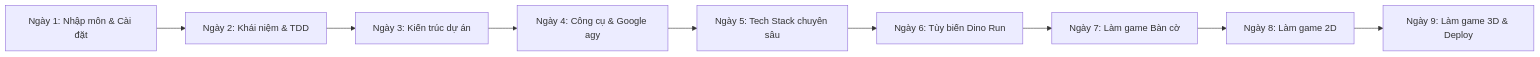
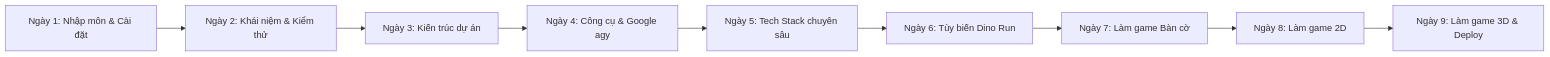
The diagram in courses/README.vi.md (vuhung16au/gemini-games), drawn with Mermaid before and after one commit. The commit also changed other lines of this file and 18 other files, not shown here.

````diff
--- a/courses/README.vi.md
+++ b/courses/README.vi.md
@@ -26,11 +52,11 @@
 ```mermaid
 flowchart LR
-  D1["Ngày 1: Nhập môn & Cài đặt"] --> D2["Ngày 2: Khái niệm & TDD"]
+  D1["Ngày 1: Nhập môn & Cài đặt"] --> D2["Ngày 2: Khái niệm & Kiểm thử"]
   D2 --> D3["Ngày 3: Kiến trúc dự án"]
   D3 --> D4["Ngày 4: Công cụ & Google agy"]
   D4 --> D5["Ngày 5: Tech Stack chuyên sâu"]
   D5 --> D6["Ngày 6: Tùy biến Dino Run"]
   D6 --> D7["Ngày 7: Làm game Bàn cờ"]
   D7 --> D8["Ngày 8: Làm game 2D"]
   D8 --> D9["Ngày 9: Làm game 3D & Deploy"]
 ```
````
